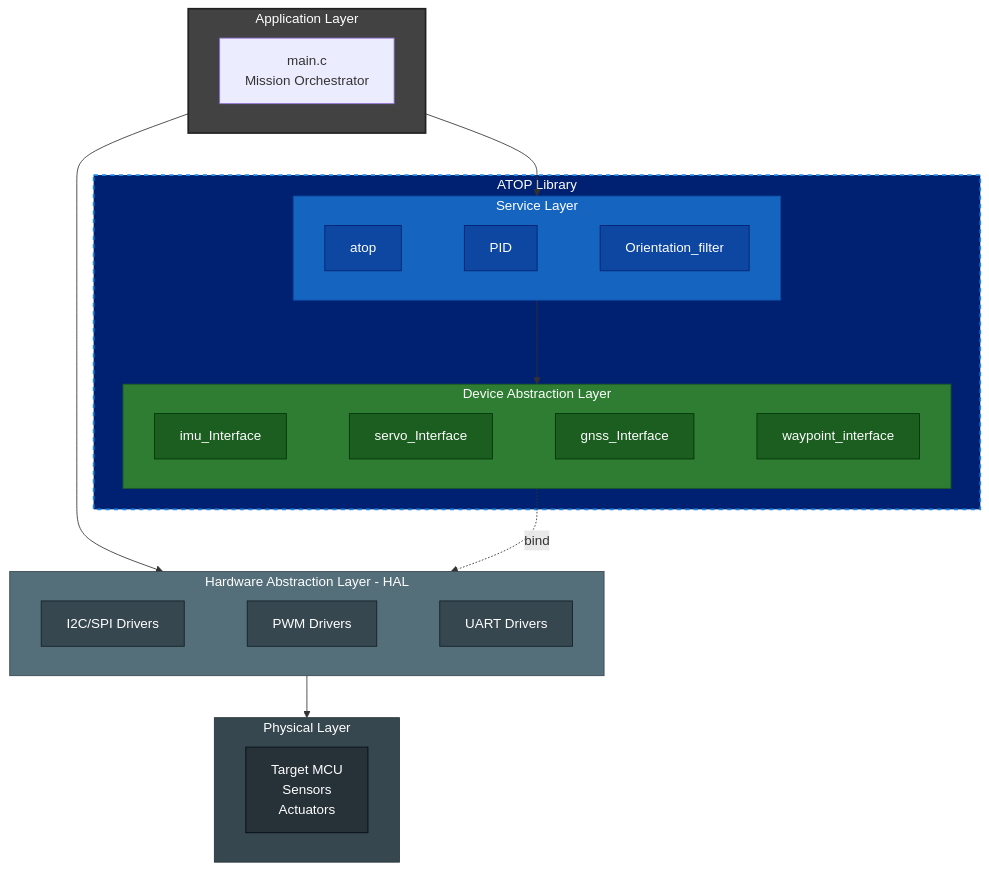
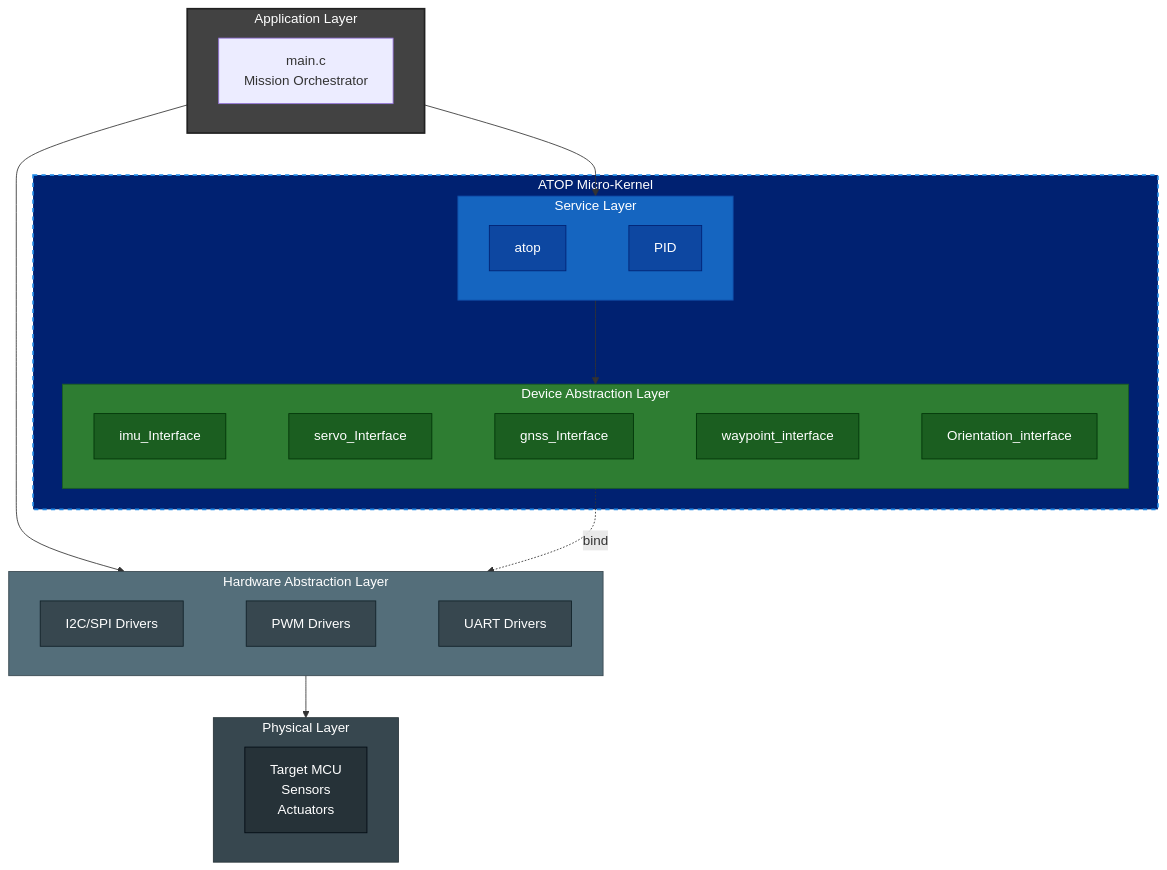
The first of 4 diagrams in docs/architecture.md (AritzElge/ATOP), drawn with Mermaid before and after one commit. The commit also changed other lines of this file, not shown here.

Commit message:
docs(dics/architecture): Added DFD, Execution Model and State Machine to SADD

````diff
--- a/docs/architecture.md
+++ b/docs/architecture.md
@@ -15,68 +15,68 @@
 ```mermaid
 graph TD
     subgraph Application_Layer [Application Layer]
         A[main.c <br/> Mission Orchestrator]
     end
 
-    subgraph ATOP_Library [ATOP Library]
+    subgraph ATOP_microKernel [ATOP Micro-Kernel]
         subgraph Service_Layer [Service Layer]
             direction LR
-            B1[atop] ~~~ B2[PID] ~~~ B3[Orientation_filter]
+            B1[atop] ~~~ B2[PID]
         end
         subgraph Device_Abstraction_Layer [Device Abstraction Layer]
             direction LR
-            C1[imu_Interface] ~~~ C2[servo_Interface] ~~~ C3[gnss_Interface] ~~~ C4[waypoint_interface]
+            C1[imu_Interface] ~~~ C2[servo_Interface] ~~~ C3[gnss_Interface] ~~~ C4[waypoint_interface] ~~~ C5[Orientation_interface] 
         end
     end
 
-    subgraph HAL_Layer [Hardware Abstraction Layer - HAL]
+    subgraph HAL_Layer [Hardware Abstraction Layer]
         direction LR
         D1[I2C/SPI Drivers] ~~~ D2[PWM Drivers] ~~~ D3[UART Drivers]
     end
 
     subgraph Physical_Layer [Physical Layer]
         E[Target MCU <br/> Sensors <br/> Actuators]
     end
 
     %% --- LOGICAL CONNECTIONS (Node-to-Node) ---
 
     %% Mission Flow: App uses Library Services
     Application_Layer --> Service_Layer
     
     %% Internal Coupling: Services use Abstraction Interfaces
     Service_Layer ---> Device_Abstraction_Layer
     
     %% Hardware Configuration: App initializes Drivers
     Application_Layer --> HAL_Layer
     
     %% Silicon Execution: Drivers interact with MCU
     HAL_Layer --> Physical_Layer
 
     %% Interface Binding: User links Interfaces with real HAL Drivers
     Device_Abstraction_Layer -. "bind" .-> HAL_Layer
 
     %% Services (Deep Blue)
     style B1 fill:#0D47A1,stroke:#002171,color:#fff
     style B2 fill:#0D47A1,stroke:#002171,color:#fff
-    style B3 fill:#0D47A1,stroke:#002171,color:#fff
 
     %% Interf. (Deep Green)
     style C1 fill:#1B5E20,stroke:#003308,color:#fff
     style C2 fill:#1B5E20,stroke:#003308,color:#fff
     style C3 fill:#1B5E20,stroke:#003308,color:#fff
     style C4 fill:#1B5E20,stroke:#003308,color:#fff
+    style C5 fill:#1B5E20,stroke:#003308,color:#fff
 
     %% Hardware/HAL: Steel Grey
     style D1 fill:#37474F,stroke:#102027,color:#fff
     style D2 fill:#37474F,stroke:#102027,color:#fff
     style D3 fill:#37474F,stroke:#102027,color:#fff
     style E fill:#263238,stroke:#000a12,color:#fff
 
     %% --- LAYER STYLES ---
     style Application_Layer fill:#424242,stroke:#212121,stroke-width:2px,color:#fff
-    style ATOP_Library fill:#002171,stroke:#1E88E5,stroke-width:2px,stroke-dasharray: 5 5,color:#fff
+    style ATOP_microKernel fill:#002171,stroke:#1E88E5,stroke-width:2px,stroke-dasharray: 5 5,color:#fff
     style Service_Layer fill:#1565C0,stroke:#0D47A1,stroke-width:1px,color:#fff
     style Device_Abstraction_Layer fill:#2E7D32,stroke:#1B5E20,stroke-width:1px,color:#fff
     style HAL_Layer fill:#546E7A,stroke:#37474F,stroke-width:1px,color:#fff
     style Physical_Layer fill:#37474F,stroke:#263238,stroke-width:1px,color:#fff
 ```
````
